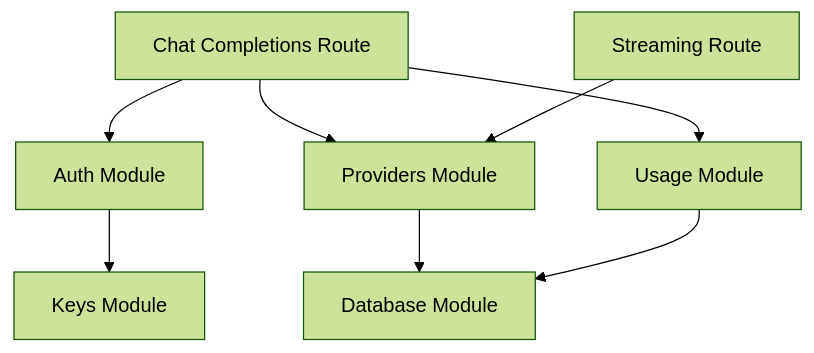
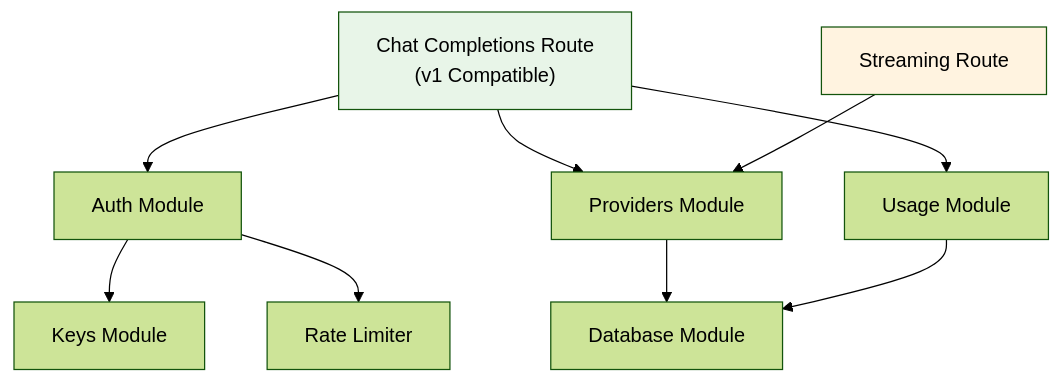
The eighth of 8 diagrams in .qoder/repowiki/en/content/Integration Guides/OpenAI Compatibility Layer.md (HassanAmeer/cheaprouter), drawn with Mermaid (forest theme) before and after one commit. The commit also changed other lines of this file and 54 other files, not shown here.

````diff
--- a/.qoder/repowiki/en/content/Integration Guides/OpenAI Compatibility Layer.md
+++ b/.qoder/repowiki/en/content/Integration Guides/OpenAI Compatibility Layer.md
@@ -270,10 +329,13 @@
 ```mermaid
 graph TB
-ChatRoute["Chat Completions Route"] --> Auth["Auth Module"]
+ChatRoute["Chat Completions Route<br/>(v1 Compatible)"] --> Auth["Auth Module"]
 ChatRoute --> Providers["Providers Module"]
 ChatRoute --> Usage["Usage Module"]
 StreamRoute["Streaming Route"] --> Providers
 Providers --> DB["Database Module"]
 Usage --> DB
 Auth --> Keys["Keys Module"]
+Auth --> RateLimit["Rate Limiter"]
+style ChatRoute fill:#e8f5e8
+style StreamRoute fill:#fff3e0
 ```
````
